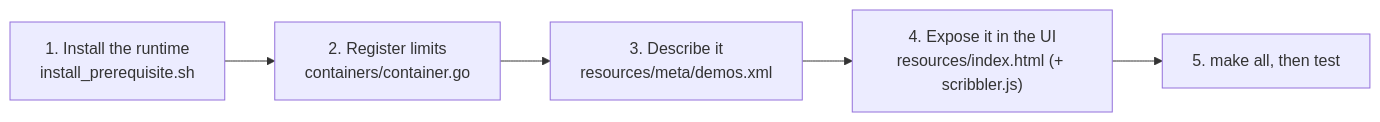
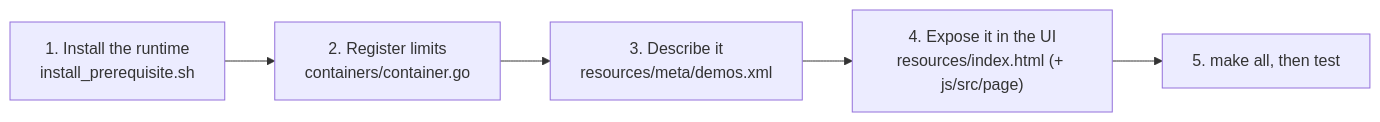
The diagram in docs/lld/09-adding-a-repl.md (vickeykumar/openrepl), drawn with Mermaid before and after one commit. The commit also changed other lines of this file and 78 other files, not shown here.

````diff
--- a/docs/lld/09-adding-a-repl.md
+++ b/docs/lld/09-adding-a-repl.md
@@ -5,7 +5,7 @@
 ```mermaid
 flowchart LR
     A["1. Install the runtime<br/>install_prerequisite.sh"] --> B["2. Register limits<br/>containers/container.go"]
     B --> C["3. Describe it<br/>resources/meta/demos.xml"]
-    C --> D["4. Expose it in the UI<br/>resources/index.html (+ scribbler.js)"]
+    C --> D["4. Expose it in the UI<br/>resources/index.html (+ js/src/page)"]
     D --> E["5. make all, then test"]
 ```
````
